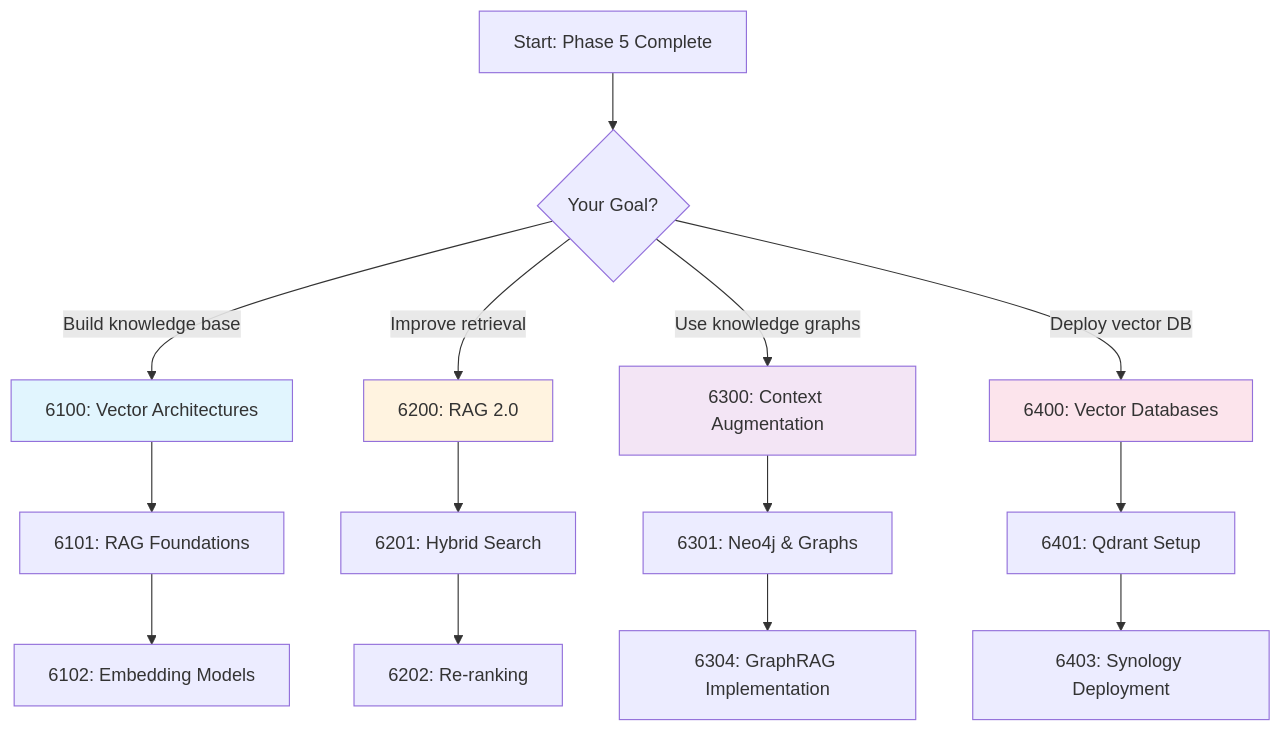
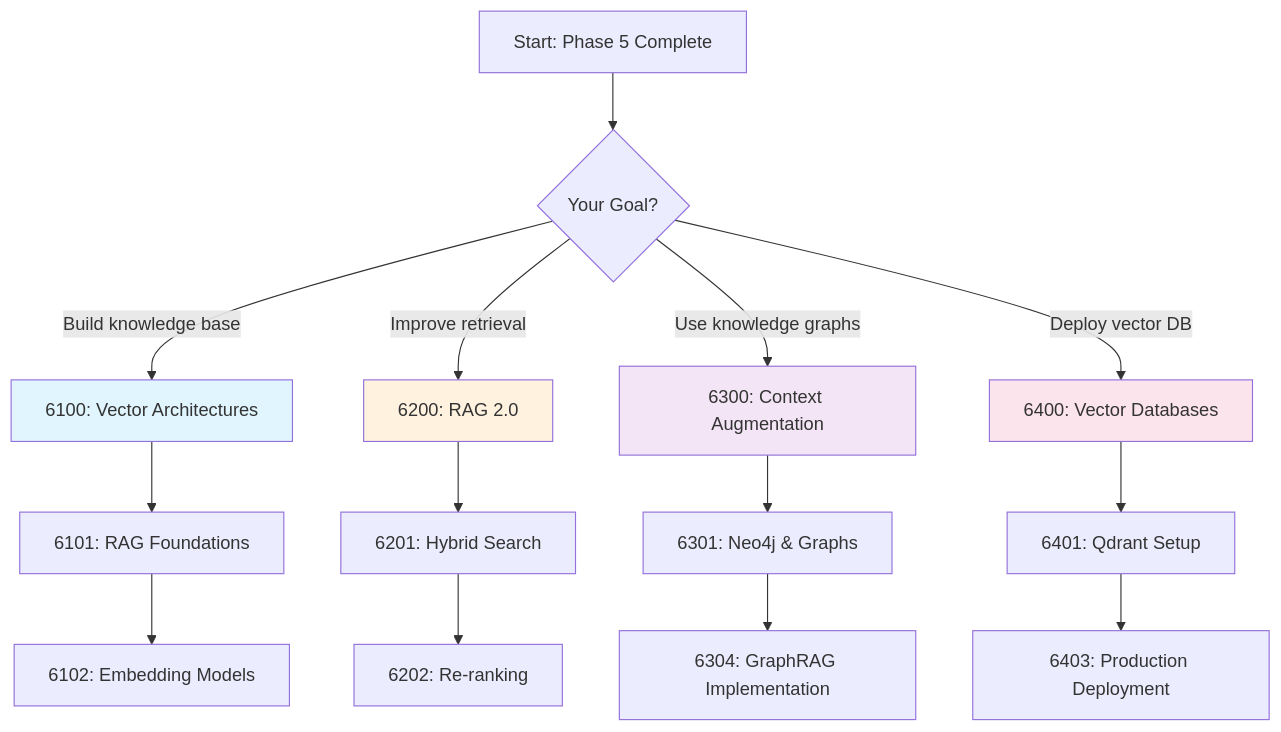
Before and after one commit to minderhq/academy: the fourth of 4 diagrams in docs/phases/phase6-rag/README.md, drawn with Mermaid. The commit also changed other lines of this file and 85 other files, not shown here.

````diff
--- a/docs/phases/phase6-rag/README.md
+++ b/docs/phases/phase6-rag/README.md
@@ -395,26 +395,26 @@
 ```mermaid
 graph TD
     A[Start: Phase 5 Complete] --> B{Your Goal?}
 
     B -->|Build knowledge base| C[6100: Vector Architectures]
     B -->|Improve retrieval| D[6200: RAG 2.0]
     B -->|Use knowledge graphs| E[6300: Context Augmentation]
     B -->|Deploy vector DB| F[6400: Vector Databases]
 
     C --> G[6101: RAG Foundations]
     G --> H[6102: Embedding Models]
 
     D --> I[6201: Hybrid Search]
     I --> J[6202: Re-ranking]
 
     E --> K[6301: Neo4j & Graphs]
     K --> L[6304: GraphRAG Implementation]
 
     F --> M[6401: Qdrant Setup]
-    M --> N[6403: Synology Deployment]
+    M --> N[6403: Production Deployment]
 
     style C fill:#e1f5fe
     style D fill:#fff3e0
     style E fill:#f3e5f5
     style F fill:#fce4ec
 ```
````
